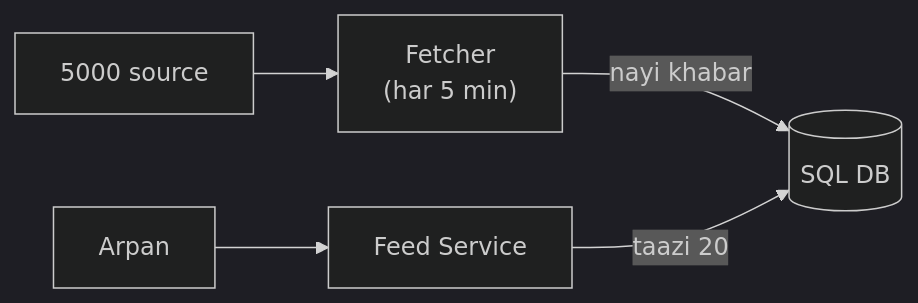
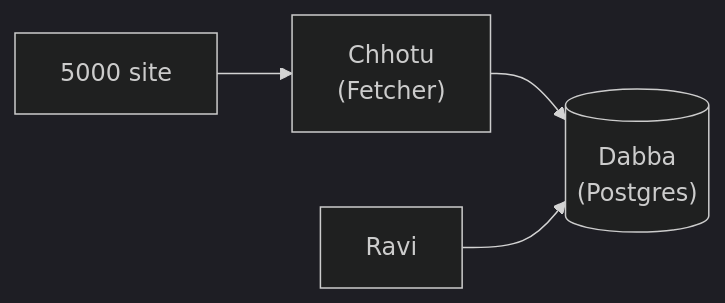
The first of 4 diagrams in 04_HLD/SYSTEM_DESIGNS/08_news_aggregator/08_news_aggregator.md (ArpanMaheshwari144/Prep), drawn with Mermaid (dark theme) before and after one commit. The commit also changed other lines of this file, not shown here.

Commit message:
News main file: kahani format (har kadam kahani -> asli naam -> tasveer), notes se

````diff
--- a/04_HLD/SYSTEM_DESIGNS/08_news_aggregator/08_news_aggregator.md
+++ b/04_HLD/SYSTEM_DESIGNS/08_news_aggregator/08_news_aggregator.md
@@ -68,7 +30,6 @@
 ```mermaid
 flowchart LR
-    S["5000 source"] --> F["Fetcher<br/>(har 5 min)"]
-    F -- "nayi khabar" --> D[("SQL DB")]
-    A["Arpan"] --> FS["Feed Service"]
-    FS -- "taazi 20" --> D
+    S["5000 site"] --> C["Chhotu<br/>(Fetcher)"]
+    C --> D[("Dabba<br/>(Postgres)")]
+    A["Ravi"] --> D
 ```
````
